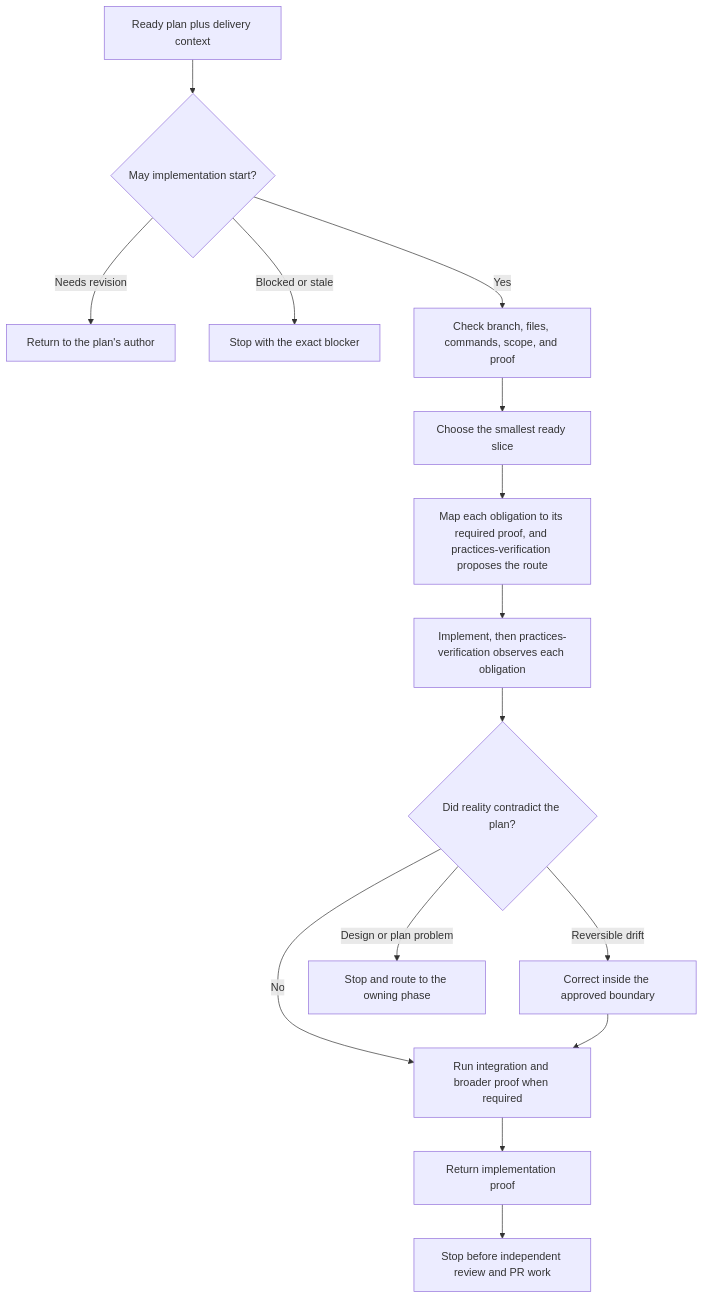
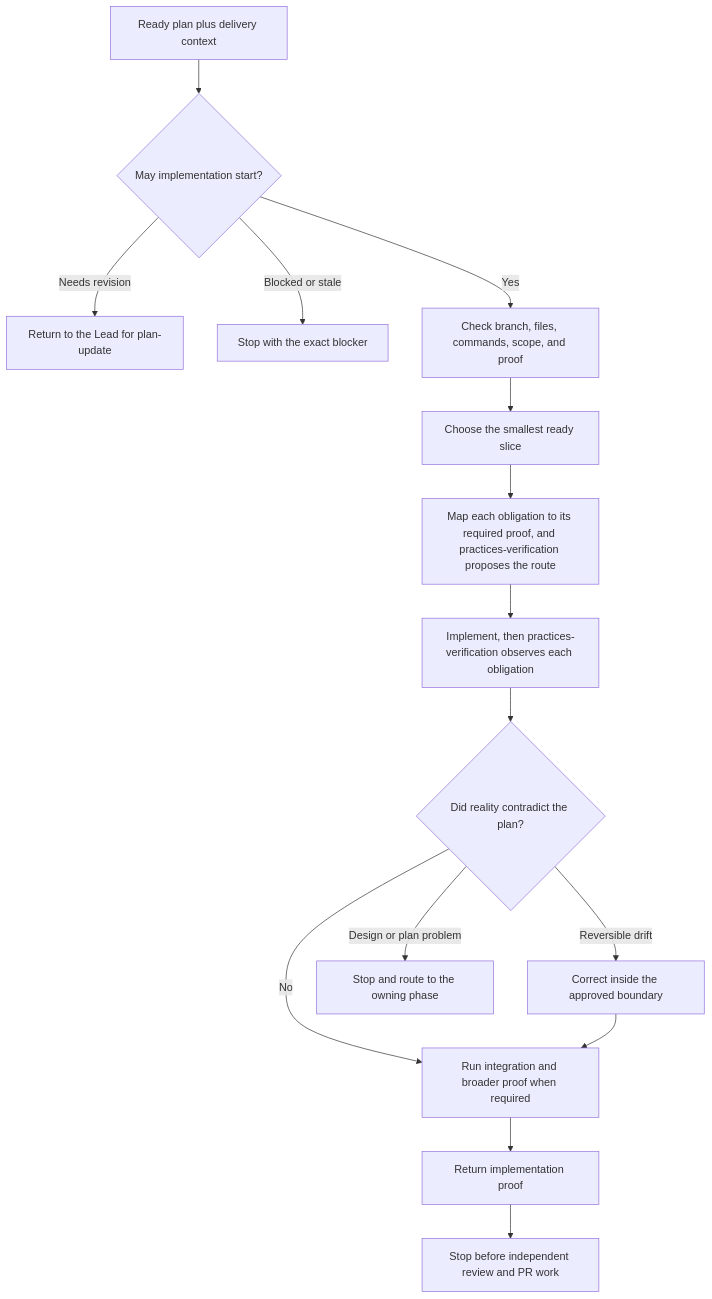
One commit to ShravanSunder/sunstack changed the diagram in plugins/sunstack-dev/skills/implement-plan/README.md. Above: the diagram before and after it, drawn with Mermaid.

Commit message:
docs(implement-plan): route a plan revision to the Lead for plan-update (I6)
The README workflow diagram now matches its branch bullet and the
canonical correction route.

````diff
--- a/plugins/sunstack-dev/skills/implement-plan/README.md
+++ b/plugins/sunstack-dev/skills/implement-plan/README.md
@@ -9,17 +9,17 @@
 ```mermaid
 flowchart TD
     A[Ready plan plus delivery context] --> B{May implementation start?}
-    B -- Needs revision --> C[Return to the plan's author]
+    B -- Needs revision --> C[Return to the Lead for plan-update]
     B -- Blocked or stale --> D[Stop with the exact blocker]
     B -- Yes --> E[Check branch, files, commands, scope, and proof]
     E --> F[Choose the smallest ready slice]
     F --> V[Map each obligation to its required proof, and practices-verification proposes the route]
     V --> G[Implement, then practices-verification observes each obligation]
     G --> H{Did reality contradict the plan?}
     H -- Reversible drift --> I[Correct inside the approved boundary]
     H -- Design or plan problem --> J[Stop and route to the owning phase]
     H -- No --> K[Run integration and broader proof when required]
     I --> K
     K --> L[Return implementation proof]
     L --> M[Stop before independent review and PR work]
 ```
````
